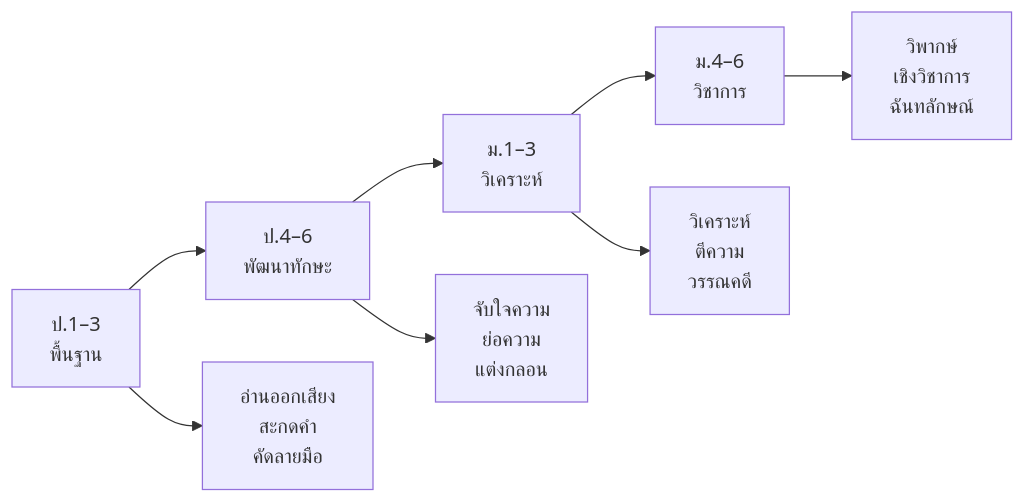
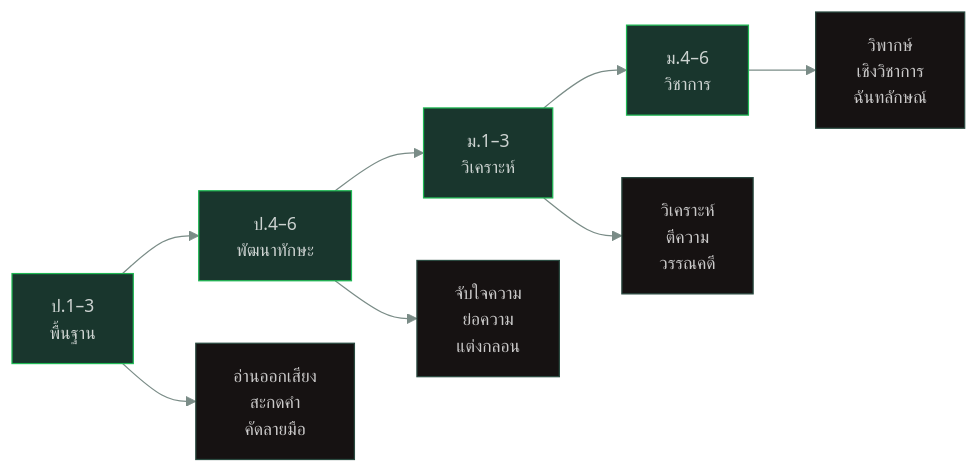
The second of 2 diagrams in ภาษาไทย/00_ภาพรวม.md (oat431/general-knowledge), drawn with Mermaid before and after one commit. The commit also changed other lines of this file and 100 other files, not shown here.

````diff
--- a/ภาษาไทย/00_ภาพรวม.md
+++ b/ภาษาไทย/00_ภาพรวม.md
@@ -110,11 +126,18 @@
 ```mermaid
+%%{init: {"theme":"base","themeVariables":{"fontFamily":"Sarabun, Leelawadee UI, system-ui, sans-serif","fontSize":"14px","background":"transparent","primaryColor":"#19362D","primaryTextColor":"#CDD3D1","primaryBorderColor":"#1FB854","secondaryColor":"#1EB88E","secondaryTextColor":"#000C07","secondaryBorderColor":"#17966F","tertiaryColor":"#1FB8AB","tertiaryTextColor":"#010C0B","tertiaryBorderColor":"#17908A","lineColor":"#7A8C87","textColor":"#CAC9C9","clusterBkg":"#161212","clusterBorder":"#3A5A50","edgeLabelBackground":"#1B1717"}}}%%
 flowchart LR
-    A["ป.1–3\nพื้นฐาน"] --> B["ป.4–6\nพัฒนาทักษะ"]
-    B --> C["ม.1–3\nวิเคราะห์"]
-    C --> D["ม.4–6\nวิชาการ"]
+    A["ป.1–3<br/>พื้นฐาน"] --> B["ป.4–6<br/>พัฒนาทักษะ"]
+    B --> C["ม.1–3<br/>วิเคราะห์"]
+    C --> D["ม.4–6<br/>วิชาการ"]
 
-    A --> A1["อ่านออกเสียง\nสะกดคำ\nคัดลายมือ"]
-    B --> B1["จับใจความ\nย่อความ\nแต่งกลอน"]
-    C --> C1["วิเคราะห์\nตีความ\nวรรณคดี"]
-    D --> D1["วิพากษ์\nเชิงวิชาการ\nฉันทลักษณ์"]
+    A --> A1["อ่านออกเสียง<br/>สะกดคำ<br/>คัดลายมือ"]
+    B --> B1["จับใจความ<br/>ย่อความ<br/>แต่งกลอน"]
+    C --> C1["วิเคราะห์<br/>ตีความ<br/>วรรณคดี"]
+    D --> D1["วิพากษ์<br/>เชิงวิชาการ<br/>ฉันทลักษณ์"]
+
+    classDef stage fill:#19362D,stroke:#1FB854,color:#CDD3D1,stroke-width:1px
+    classDef detail fill:#161212,stroke:#2A4A40,color:#CAC9C9
+
+    class A,B,C,D stage
+    class A1,B1,C1,D1 detail
 ```
````
